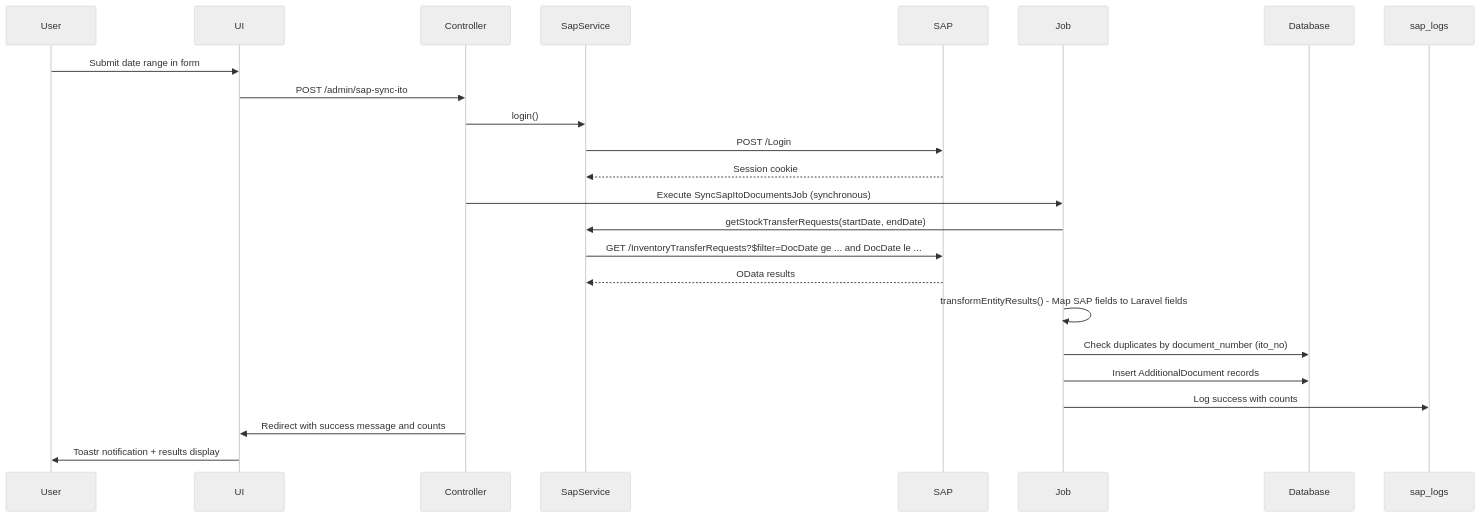
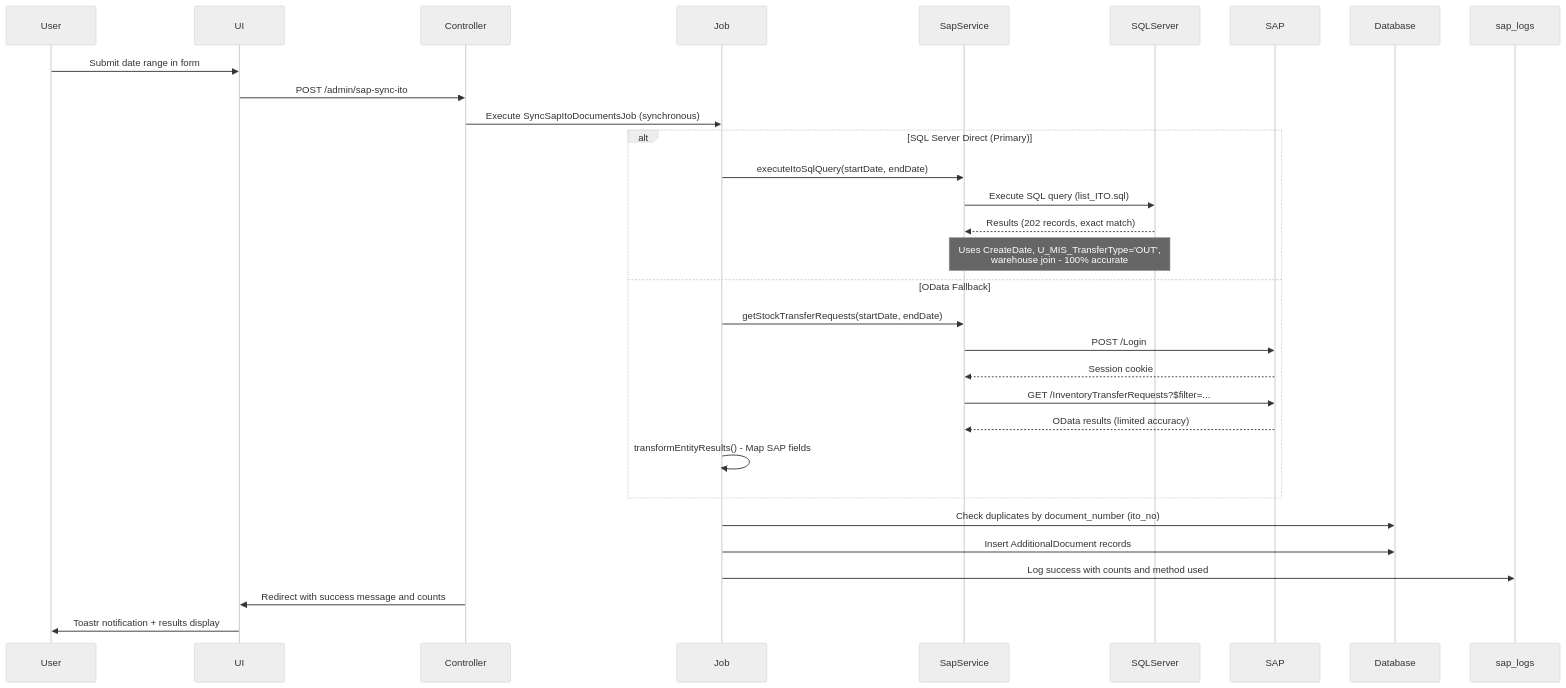
The third of 4 diagrams in docs/architecture.md (rachmanj/dds-laravel), drawn with Mermaid (neutral theme) before and after one commit. The commit also changed other lines of this file and 13 other files, not shown here.

````diff
--- a/docs/architecture.md
+++ b/docs/architecture.md
@@ -2374,18 +2381,26 @@
 ```mermaid
 sequenceDiagram
     User->>UI: Submit date range in form
     UI->>Controller: POST /admin/sap-sync-ito
-    Controller->>SapService: login()
-    SapService->>SAP: POST /Login
-    SAP-->>SapService: Session cookie
     Controller->>Job: Execute SyncSapItoDocumentsJob (synchronous)
-    Job->>SapService: getStockTransferRequests(startDate, endDate)
-    SapService->>SAP: GET /InventoryTransferRequests?$filter=DocDate ge ... and DocDate le ...
-    SAP-->>SapService: OData results
-    Job->>Job: transformEntityResults() - Map SAP fields to Laravel fields
+    
+    alt SQL Server Direct (Primary)
+        Job->>SapService: executeItoSqlQuery(startDate, endDate)
+        SapService->>SQLServer: Execute SQL query (list_ITO.sql)
+        SQLServer-->>SapService: Results (202 records, exact match)
+        Note over SapService,SQLServer: Uses CreateDate, U_MIS_TransferType='OUT',<br/>warehouse join - 100% accurate
+    else OData Fallback
+        Job->>SapService: getStockTransferRequests(startDate, endDate)
+        SapService->>SAP: POST /Login
+        SAP-->>SapService: Session cookie
+        SapService->>SAP: GET /InventoryTransferRequests?$filter=...
+        SAP-->>SapService: OData results (limited accuracy)
+        Job->>Job: transformEntityResults() - Map SAP fields
+    end
+    
     Job->>Database: Check duplicates by document_number (ito_no)
     Job->>Database: Insert AdditionalDocument records
-    Job->>sap_logs: Log success with counts
+    Job->>sap_logs: Log success with counts and method used
     Controller->>UI: Redirect with success message and counts
     UI->>User: Toastr notification + results display
 ```
````
